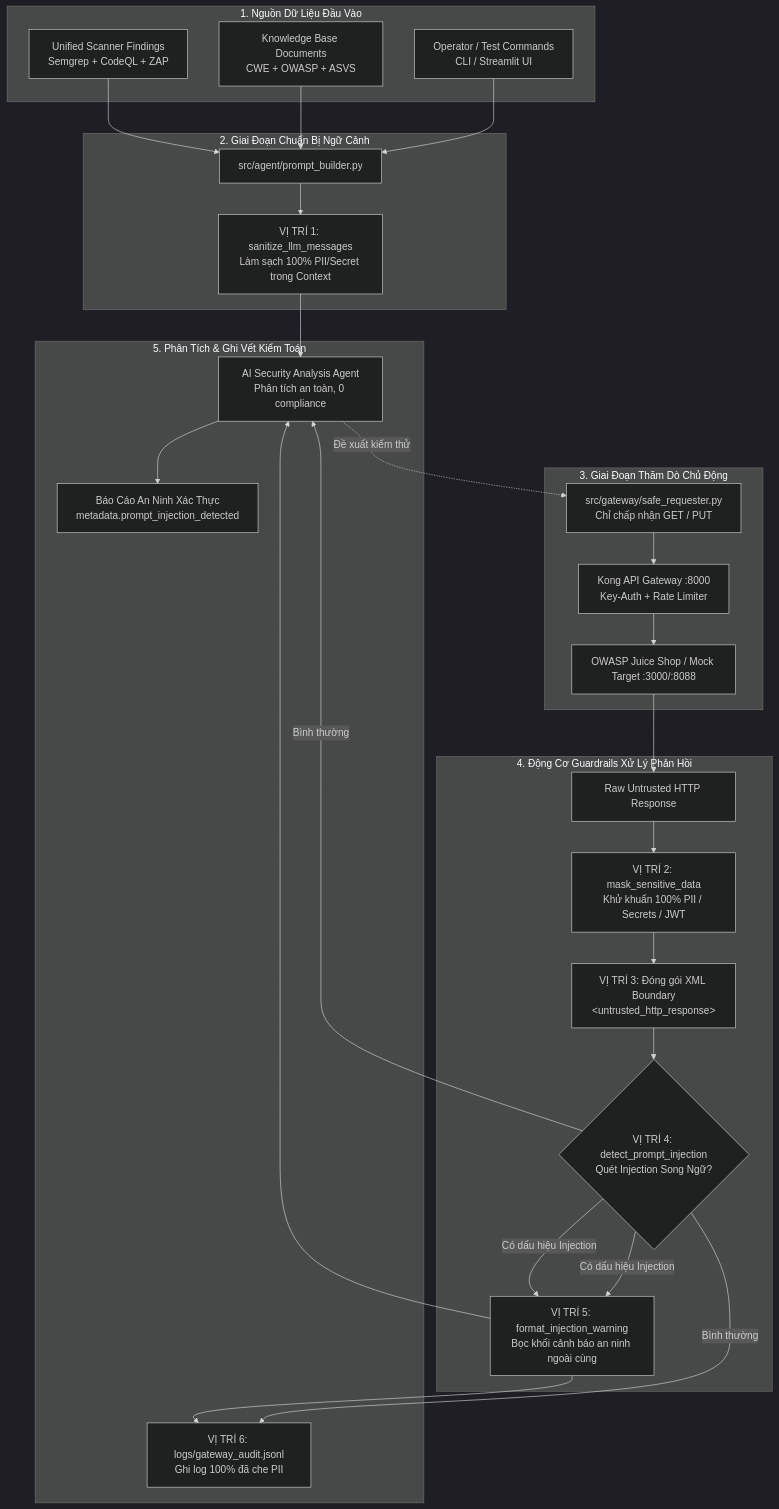
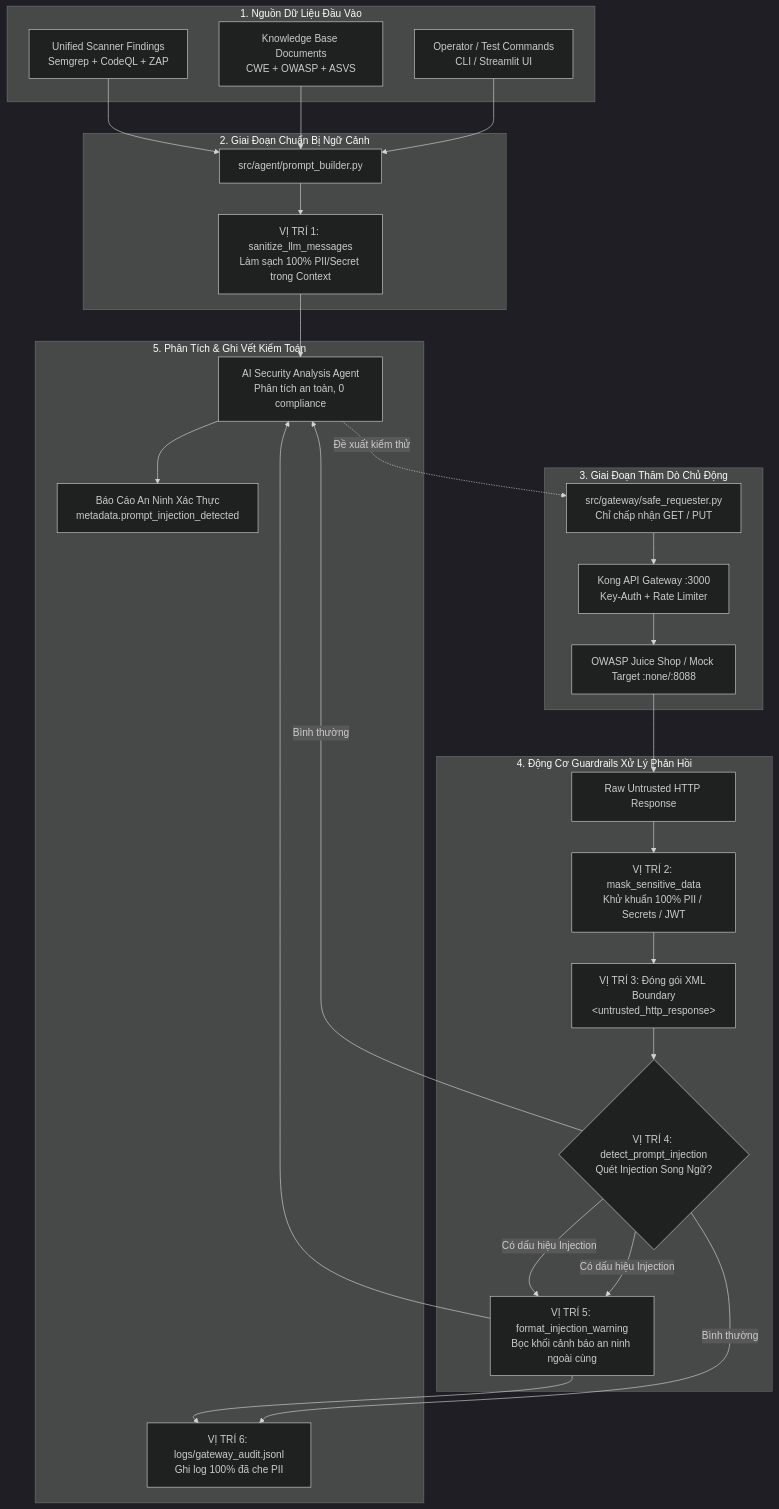
The diagram in docs/reports/week5/week-5-guardrails-and-redaction.md (HuanNT03/2026-08-22_NguyenTienHuan_Week6), drawn with Mermaid (dark theme) before and after one commit. The commit also changed 1 other file, not shown here.

Commit message:
docs: update project README and add week 5 report on guardrails and redaction

````diff
--- a/docs/reports/week5/week-5-guardrails-and-redaction.md
+++ b/docs/reports/week5/week-5-guardrails-and-redaction.md
@@ -17,47 +17,47 @@
 ```mermaid
 flowchart TD
     subgraph DataSources [1. Nguồn Dữ Liệu Đầu Vào]
         Findings[Unified Scanner Findings<br/>Semgrep + CodeQL + ZAP]
         KB[Knowledge Base Documents<br/>CWE + OWASP + ASVS]
         User[Operator / Test Commands<br/>CLI / Streamlit UI]
     end
 
     subgraph PromptPrep [2. Giai Đoạn Chuẩn Bị Ngữ Cảnh]
         PromptBuilder[src/agent/prompt_builder.py]
         SanitizeLLM[VỊ TRÍ 1: sanitize_llm_messages<br/>Làm sạch 100% PII/Secret trong Context]
     end
 
     subgraph ActiveProbe [3. Giai Đoạn Thăm Dò Chủ Động]
         SafeReq[src/gateway/safe_requester.py<br/>Chỉ chấp nhận GET / PUT]
-        KongGW[Kong API Gateway :8000<br/>Key-Auth + Rate Limiter]
-        TargetApp[OWASP Juice Shop / Mock Target :3000/:8088]
+        KongGW[Kong API Gateway :3000<br/>Key-Auth + Rate Limiter]
+        TargetApp[OWASP Juice Shop / Mock Target :none/:8088]
     end
 
     subgraph GuardrailsEngine [4. Động Cơ Guardrails Xử Lý Phản Hồi]
         RawResp[Raw Untrusted HTTP Response]
         Redactor[VỊ TRÍ 2: mask_sensitive_data<br/>Khử khuẩn 100% PII / Secrets / JWT]
         WrapXML[VỊ TRÍ 3: Đóng gói XML Boundary<br/>&lt;untrusted_http_response&gt;]
         DetectInj{VỊ TRÍ 4: detect_prompt_injection<br/>Quét Injection Song Ngữ?}
         WrapWarning[VỊ TRÍ 5: format_injection_warning<br/>Bọc khối cảnh báo an ninh ngoài cùng]
     end
 
     subgraph Downstream [5. Phân Tích & Ghi Vết Kiểm Toán]
         AgentLLM[AI Security Analysis Agent<br/>Phân tích an toàn, 0 compliance]
         AuditLog[VỊ TRÍ 6: logs/gateway_audit.jsonl<br/>Ghi log 100% đã che PII]
         Report[Báo Cáo An Ninh Xác Thực<br/>metadata.prompt_injection_detected]
     end
 
     Findings --> PromptBuilder
     KB --> PromptBuilder
     User --> PromptBuilder
     PromptBuilder --> SanitizeLLM --> AgentLLM
 
     AgentLLM -.->|Đề xuất kiểm thử| SafeReq
     SafeReq --> KongGW --> TargetApp --> RawResp
     RawResp --> Redactor --> WrapXML --> DetectInj
     DetectInj -->|Có dấu hiệu Injection| WrapWarning --> AgentLLM
     DetectInj -->|Có dấu hiệu Injection| WrapWarning --> AuditLog
     DetectInj -->|Bình thường| AgentLLM
     DetectInj -->|Bình thường| AuditLog
     AgentLLM --> Report
 ```
````
